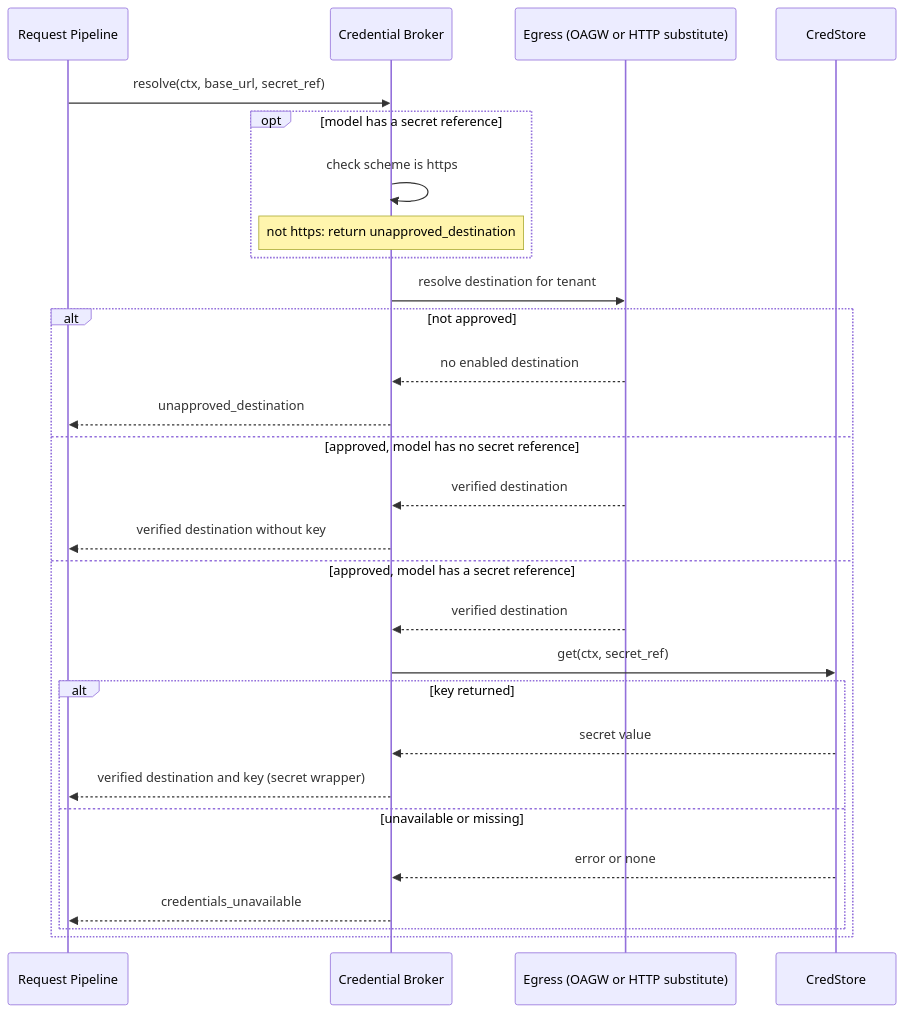
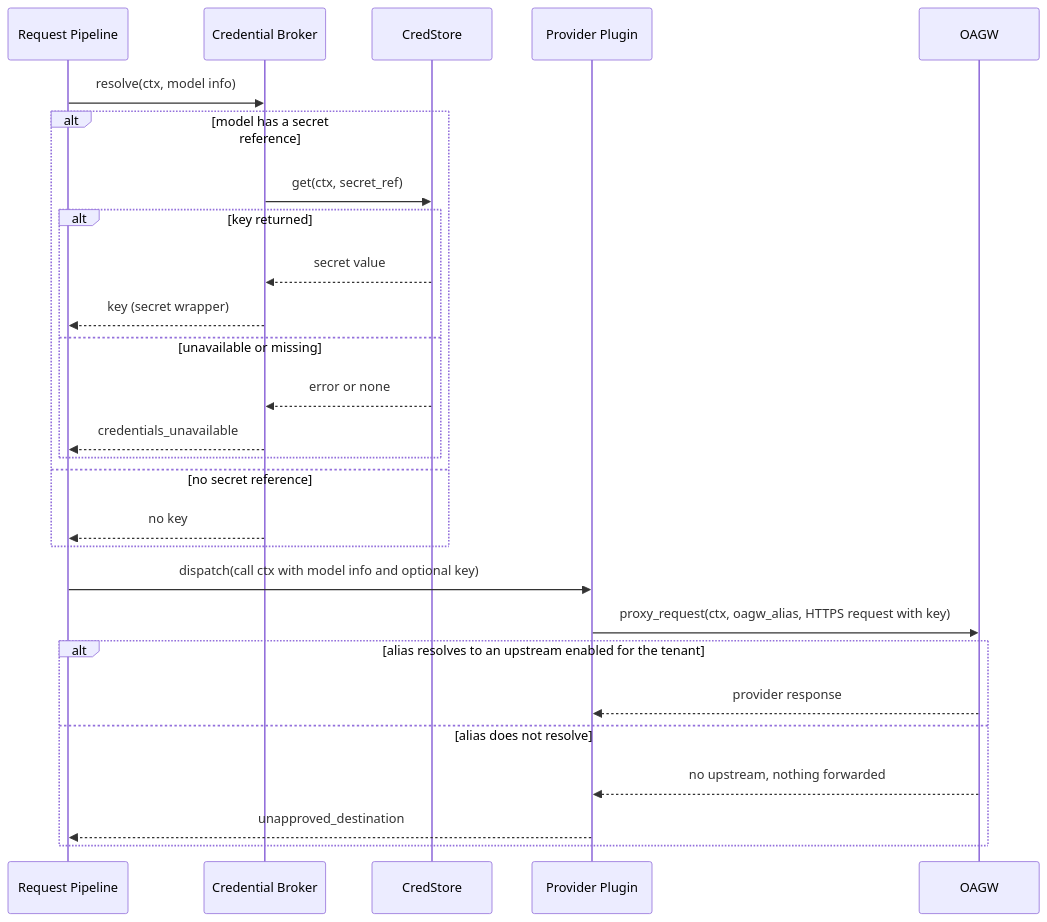
One commit to AndIConstructor/gears-rust changed the third of 14 diagrams in gears/llm-gateway/docs/DESIGN.md. Above: the diagram before and after it, drawn with Mermaid. The commit also changed other lines of this file and 1 other file, not shown here.

````diff
--- a/gears/llm-gateway/docs/DESIGN.md
+++ b/gears/llm-gateway/docs/DESIGN.md
@@ -764,30 +733,29 @@
 ```mermaid
 sequenceDiagram
     participant P as Request Pipeline
     participant CB as Credential Broker
-    participant O as Egress (OAGW or HTTP substitute)
     participant CS as CredStore
-    P->>CB: resolve(ctx, base_url, secret_ref)
-    opt model has a secret reference
-        CB->>CB: check scheme is https
-        Note over CB: not https: return unapproved_destination
-    end
-    CB->>O: resolve destination for tenant
-    alt not approved
-        O-->>CB: no enabled destination
-        CB-->>P: unapproved_destination
-    else approved, model has no secret reference
-        O-->>CB: verified destination
-        CB-->>P: verified destination without key
-    else approved, model has a secret reference
-        O-->>CB: verified destination
+    participant PL as Provider Plugin
+    participant O as OAGW
+    P->>CB: resolve(ctx, model info)
+    alt model has a secret reference
         CB->>CS: get(ctx, secret_ref)
         alt key returned
             CS-->>CB: secret value
-            CB-->>P: verified destination and key (secret wrapper)
+            CB-->>P: key (secret wrapper)
         else unavailable or missing
             CS-->>CB: error or none
             CB-->>P: credentials_unavailable
         end
+    else no secret reference
+        CB-->>P: no key
+    end
+    P->>PL: dispatch(call ctx with model info and optional key)
+    PL->>O: proxy_request(ctx, oagw_alias, HTTPS request with key)
+    alt alias resolves to an upstream enabled for the tenant
+        O-->>PL: provider response
+    else alias does not resolve
+        O-->>PL: no upstream, nothing forwarded
+        PL-->>P: unapproved_destination
     end
 ```
````
